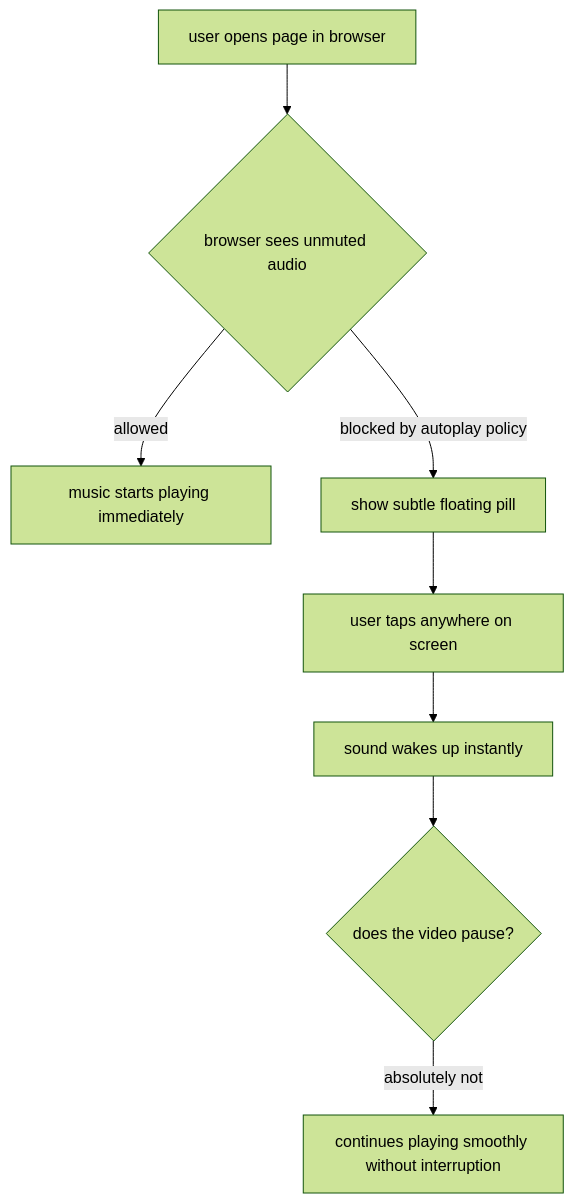
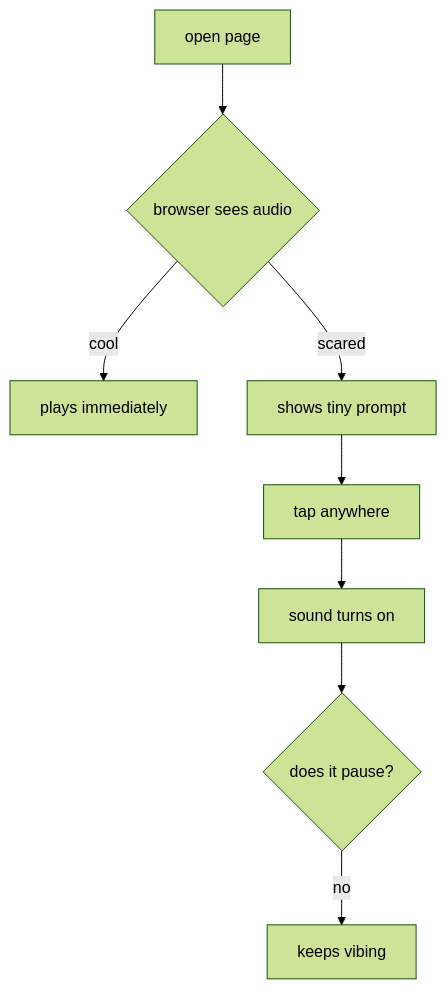
The third of 4 diagrams in README.md (MdKasif0/No-Context), drawn with Mermaid (forest theme) before and after one commit. The commit also changed other lines of this file, not shown here.

````diff
--- a/README.md
+++ b/README.md
@@ -72,10 +73,10 @@
 ```mermaid
 graph TD
-    A["user opens page in browser"] --> B{"browser sees unmuted audio"}
-    B -->|"allowed"| C["music starts playing immediately"]
-    B -->|"blocked by autoplay policy"| D["show subtle floating pill"]
-    D --> E["user taps anywhere on screen"]
-    E --> F["sound wakes up instantly"]
-    F --> G{"does the video pause?"}
-    G -->|"absolutely not"| H["continues playing smoothly without interruption"]
+    A["open page"] --> B{"browser sees audio"}
+    B -->|"cool"| C["plays immediately"]
+    B -->|"scared"| D["shows tiny prompt"]
+    D --> E["tap anywhere"]
+    E --> F["sound turns on"]
+    F --> G{"does it pause?"}
+    G -->|"no"| H["keeps vibing"]
 ```
````
